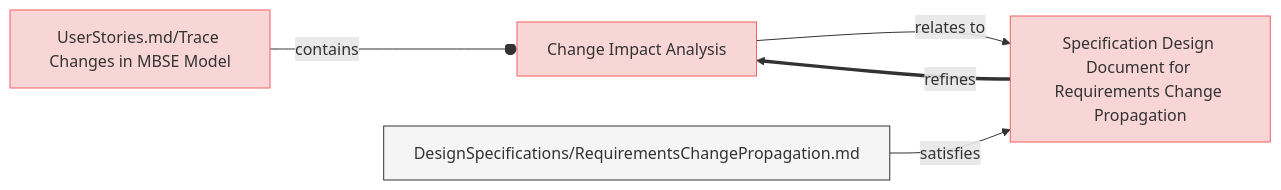
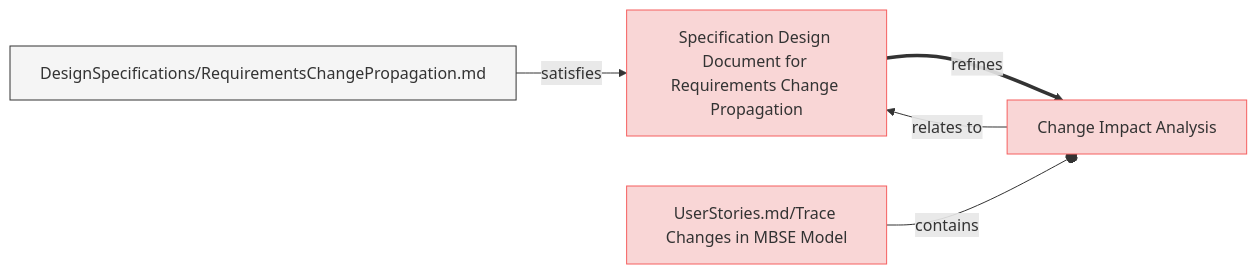
The seventh of 9 diagrams in specifications/UserRequirements.md (reqvire-org/reqvire), drawn with Mermaid before and after one commit. The commit also changed other lines of this file and 7 other files, not shown here.

Commit message:
Updated diagrams.

````diff
--- a/specifications/UserRequirements.md
+++ b/specifications/UserRequirements.md
@@ -741,25 +741,25 @@
 ```mermaid
 graph LR;
   %% Graph styling
   classDef requirement fill:#f9d6d6,stroke:#f55f5f,stroke-width:1px;
   classDef verification fill:#d6f9d6,stroke:#5fd75f,stroke-width:1px;
   classDef externalLink fill:#d0e0ff,stroke:#3080ff,stroke-width:1px;
   classDef default fill:#f5f5f5,stroke:#333333,stroke-width:1px;
 
+  442da629f6["Specification Design Document for Requirements Change Propagation"];
+  click 442da629f6 "UserRequirements.md#specification-design-document-for-requirements-change-propagation";
+  class 442da629f6 requirement;
   bae5edae94["Change Impact Analysis"];
+  class bae5edae94 requirement;
   click bae5edae94 "UserRequirements.md#change-impact-analysis";
-  class bae5edae94 requirement;
-  36d8b2eb16["UserStories.md/Trace Changes in MBSE Model"];
-  class 36d8b2eb16 requirement;
-  click 36d8b2eb16 "UserStories.md#trace-changes-in-mbse-model";
-  36d8b2eb16 --o|contains| bae5edae94;
-  442da629f6["Specification Design Document for Requirements Change Propagation"];
-  class 442da629f6 requirement;
-  click 442da629f6 "UserRequirements.md#specification-design-document-for-requirements-change-propagation";
-  bae5edae94 -->|relates to| 442da629f6;
   442da629f6 ==>|refines| bae5edae94;
   33e6fb86b3["DesignSpecifications/RequirementsChangePropagation.md"];
   class 33e6fb86b3 default;
   click 33e6fb86b3 "DesignSpecifications/RequirementsChangePropagation.md";
   33e6fb86b3 -->|satisfies| 442da629f6;
+  36d8b2eb16["UserStories.md/Trace Changes in MBSE Model"];
+  class 36d8b2eb16 requirement;
+  click 36d8b2eb16 "UserStories.md#trace-changes-in-mbse-model";
+  36d8b2eb16 --o|contains| bae5edae94;
+  bae5edae94 -->|relates to| 442da629f6;
 ```
````
